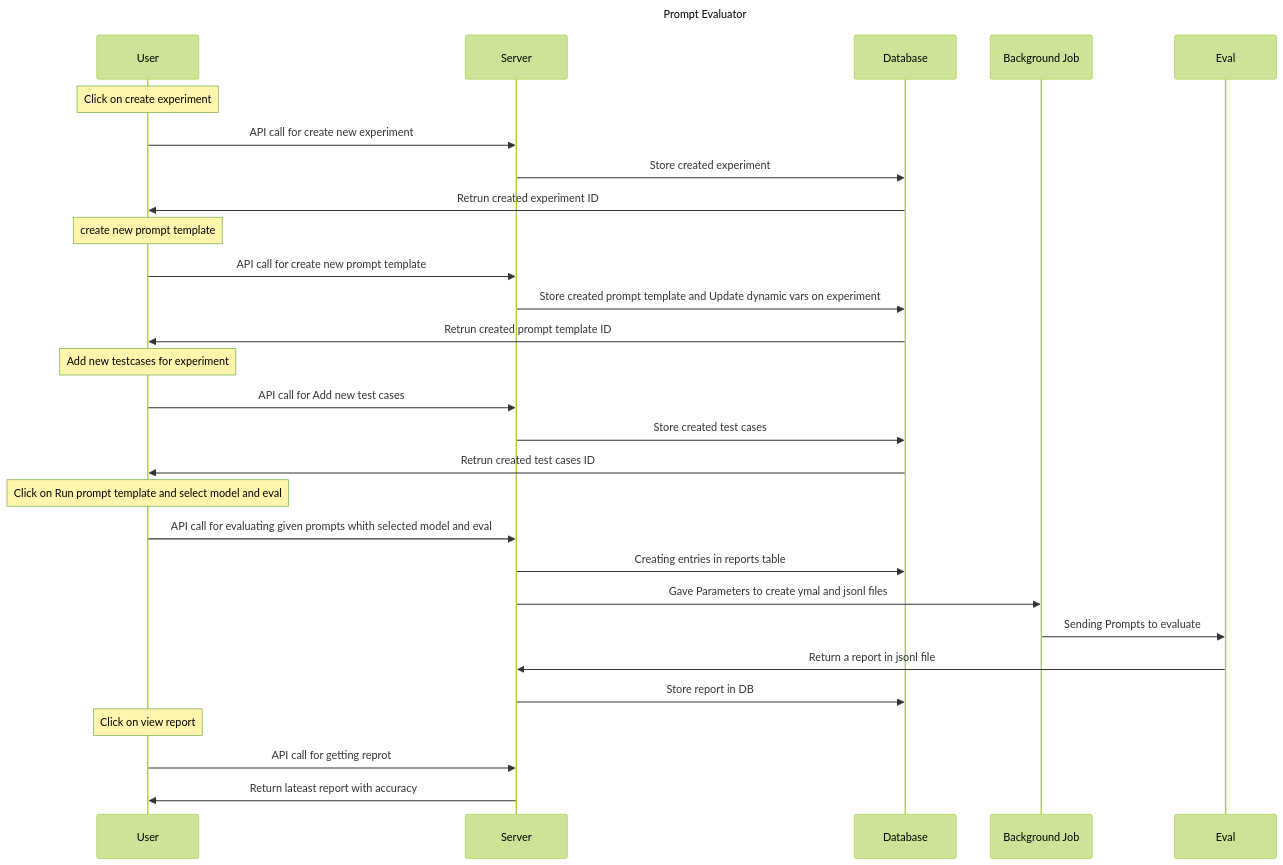
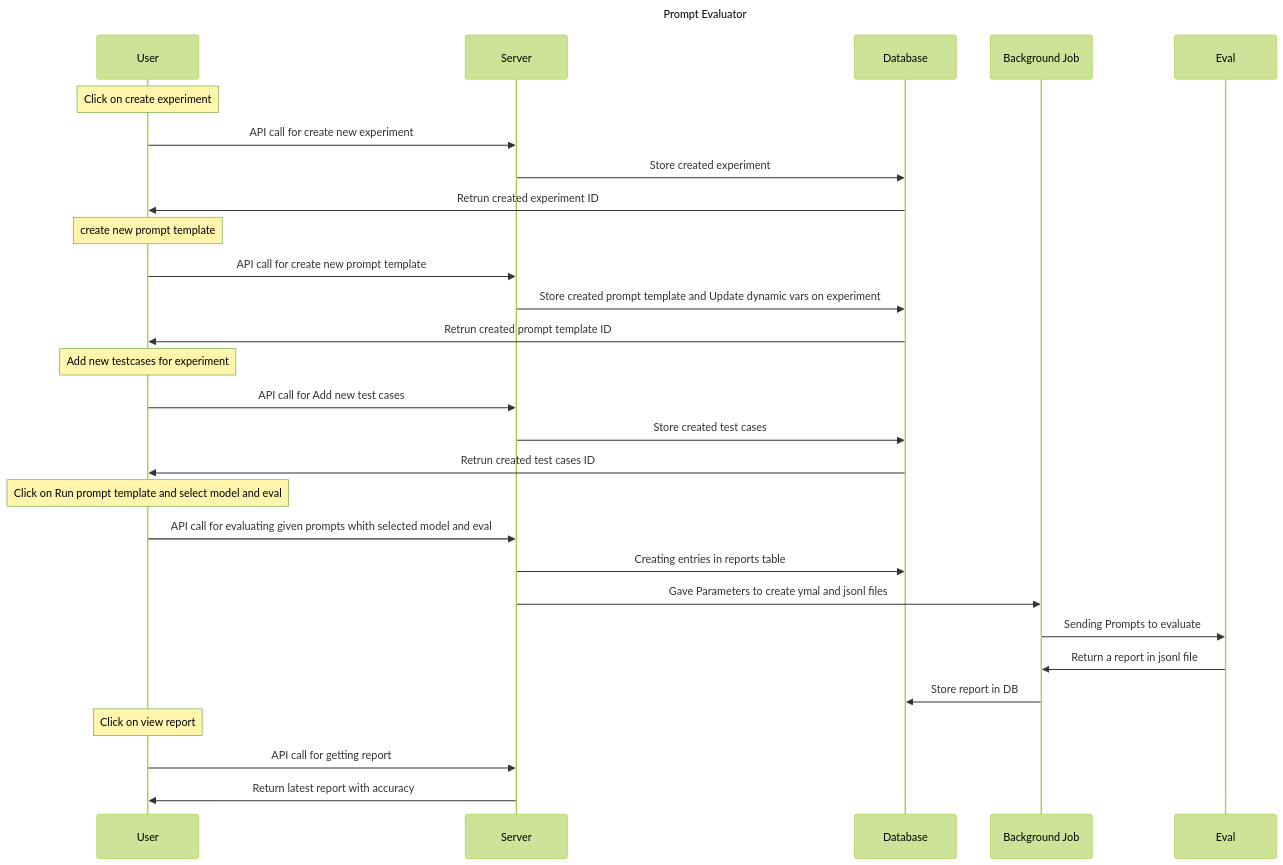
Before and after one commit to TrueSparrowSystems/prompt-eval-be: the diagram in docs/sequenceDiagram.mermaid, drawn with Mermaid (forest theme).

Commit message:
Update sequence diagram

```diff
--- a/docs/sequenceDiagram.mermaid
+++ b/docs/sequenceDiagram.mermaid
@@ -1,38 +1,38 @@
 %% Documentation: https://github.com/mermaid-js/mermaid
 %% Editor: https://mermaid.live/edit
 
 sequenceDiagram
 title Prompt Evaluator
 
 participant User
 participant Server
 participant DB as Database
 participant BG as Background Job
 participant Eval
 
 note over User: Click on create experiment
 User->>Server: API call for create new experiment
 Server->>DB: Store created experiment
 DB->>User: Retrun created experiment ID 
 
 note over User: create new prompt template
 User->>Server: API call for create new prompt template
 Server->>DB: Store created prompt template and Update dynamic vars on experiment
 DB->>User: Retrun created prompt template ID
 
 note over User: Add new testcases for experiment
 User->>Server: API call for Add new test cases
 Server->>DB: Store created test cases
 DB->>User: Retrun created test cases ID 
 
 note over User: Click on Run prompt template and select model and eval
 User->>Server: API call for evaluating given prompts whith selected model and eval
 Server->>DB: Creating entries in reports table 
 Server->>BG: Gave Parameters to create ymal and jsonl files
 BG->>Eval: Sending Prompts to evaluate  
-Eval->>Server: Return a report in jsonl file
-Server->>DB: Store report in DB
+Eval->>BG: Return a report in jsonl file
+BG->>DB: Store report in DB
 
 note over User: Click on view report
-User->>Server: API call for getting reprot 
-Server->>User: Return lateast report with accuracy
+User->>Server: API call for getting report 
+Server->>User: Return latest report with accuracy
```
